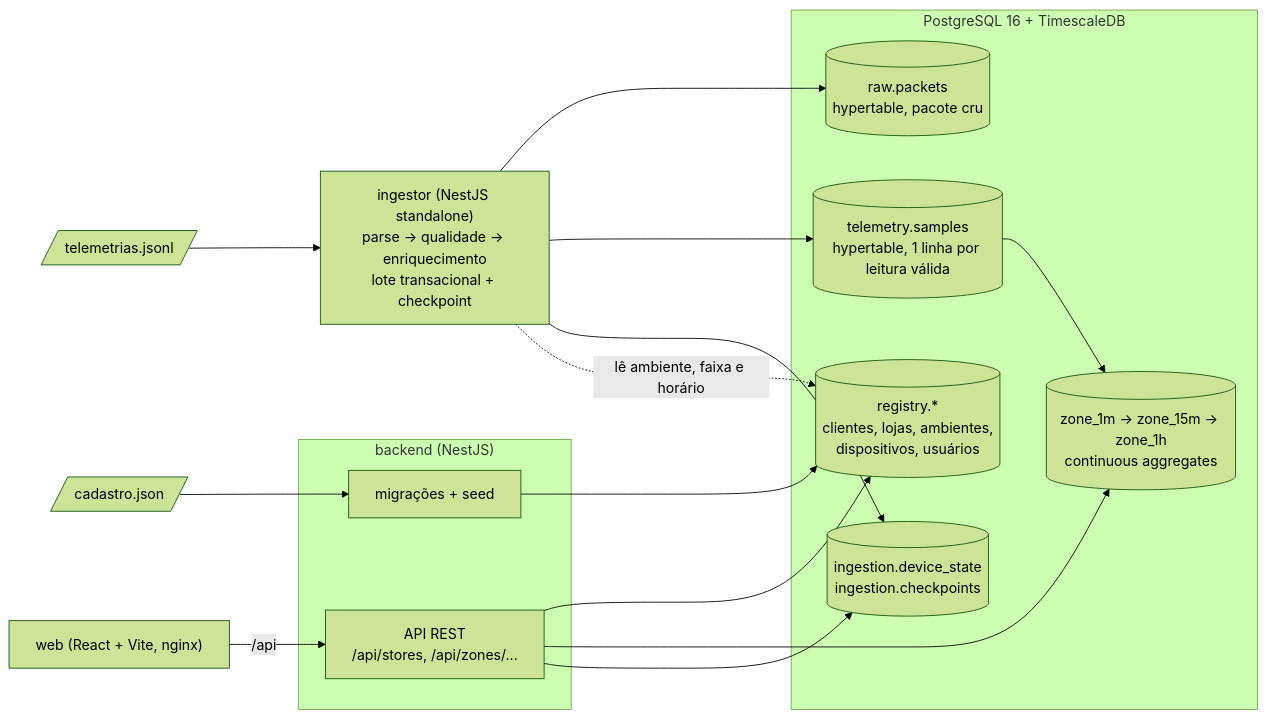
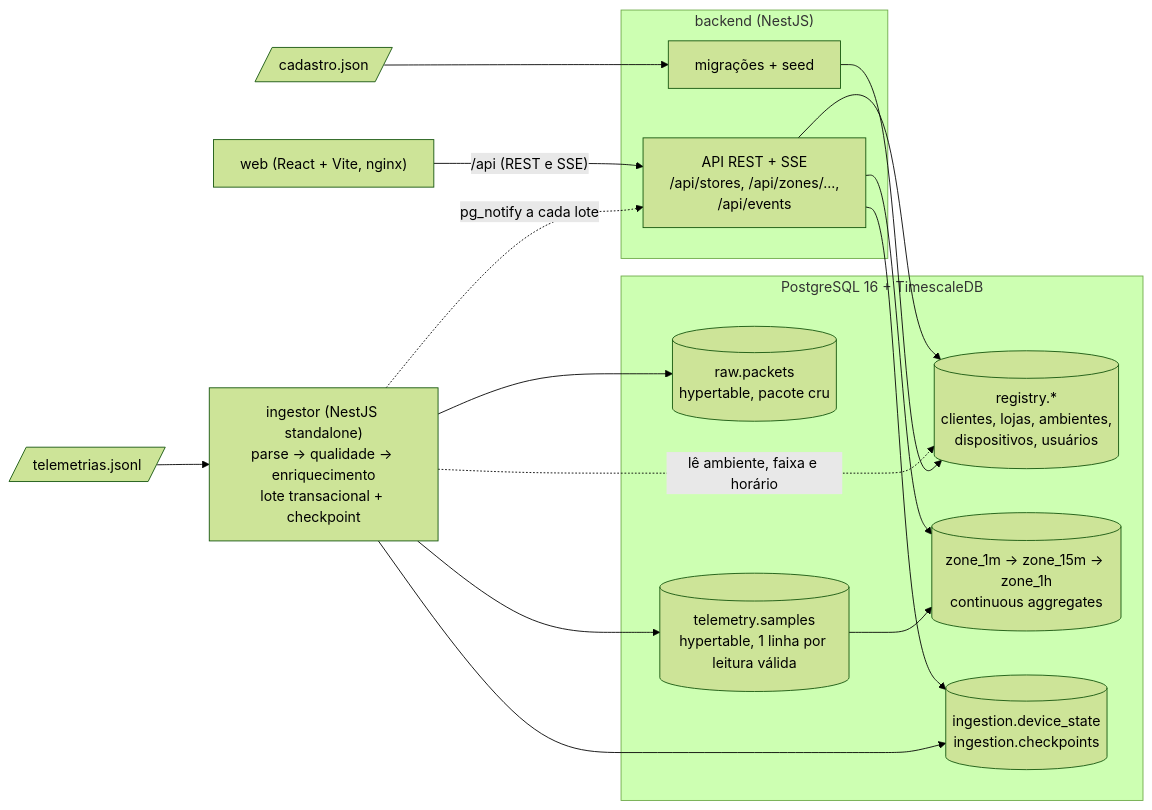
The diagram in README.md (CaioFugii/desafio-diel-celsius360), drawn with Mermaid (forest theme) before and after one commit. The commit also changed other lines of this file and 35 other files, not shown here.

````diff
--- a/README.md
+++ b/README.md
@@ -83,27 +83,28 @@
 ```mermaid
 flowchart LR
   jsonl[/"telemetrias.jsonl"/] --> ingestor
   cadastro[/"cadastro.json"/] --> seed
 
   subgraph backend["backend (NestJS)"]
     seed["migrações + seed"]
-    api["API REST<br/>/api/stores, /api/zones/..."]
+    api["API REST + SSE<br/>/api/stores, /api/zones/...,<br/>/api/events"]
   end
 
   ingestor["ingestor (NestJS standalone)<br/>parse → qualidade → enriquecimento<br/>lote transacional + checkpoint"]
 
   subgraph db["PostgreSQL 16 + TimescaleDB"]
     cad[("registry.*<br/>clientes, lojas, ambientes,<br/>dispositivos, usuários")]
     raw[("raw.packets<br/>hypertable, pacote cru")]
     samples[("telemetry.samples<br/>hypertable, 1 linha por leitura válida")]
     caggs[("zone_1m → zone_15m → zone_1h<br/>continuous aggregates")]
     state[("ingestion.device_state<br/>ingestion.checkpoints")]
   end
 
   seed --> cad
   ingestor --> raw & samples & state
   ingestor -. "lê ambiente, faixa e horário" .-> cad
   samples --> caggs
   api --> cad & caggs & state
-  web["web (React + Vite, nginx)"] -- "/api" --> api
+  ingestor -. "pg_notify a cada lote" .-> api
+  web["web (React + Vite, nginx)"] -- "/api (REST e SSE)" --> api
 ```
````
